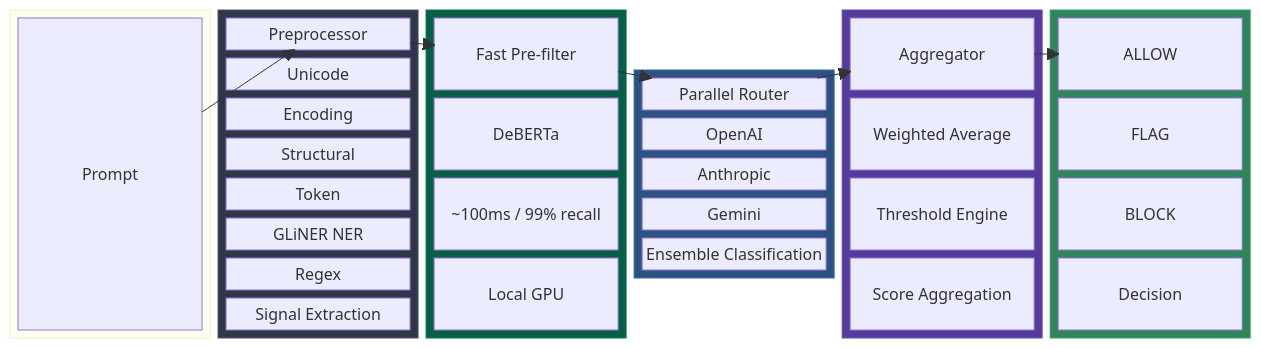
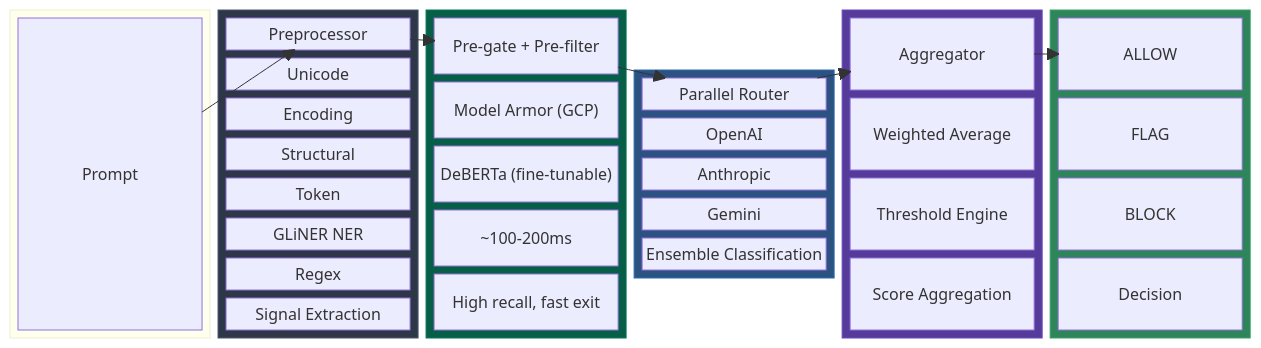
Before and after one commit to prashantkul/injection-guard: the first of 2 diagrams in README.md, drawn with Mermaid. The commit also changed other lines of this file, not shown here.

First line of the commit message:
docs: Add Model Armor pre-gate and two-stage architecture to README

````diff
--- a/README.md
+++ b/README.md
@@ -16,65 +17,66 @@
 ```mermaid
 block-beta
   columns 6
 
   block:input:1
     columns 1
     A["Prompt"]
   end
 
   block:preprocess:1
     columns 1
     style preprocess fill:#2d3748,color:#fff,stroke:#4a5568
     B["Preprocessor"]
     B1["Unicode"]
     B2["Encoding"]
     B3["Structural"]
     B4["Token"]
     B5["GLiNER NER"]
     B6["Regex"]
     BP["Signal Extraction"]
   end
 
   block:fast:1
     columns 1
     style fast fill:#065f46,color:#fff,stroke:#047857
-    F["Fast Pre-filter"]
-    F1["DeBERTa"]
-    F2["~100ms / 99% recall"]
-    FP["Local GPU"]
+    F["Pre-gate + Pre-filter"]
+    F0["Model Armor (GCP)"]
+    F1["DeBERTa (fine-tunable)"]
+    F2["~100-200ms"]
+    FP["High recall, fast exit"]
   end
 
   block:classify:1
     columns 1
     style classify fill:#2c5282,color:#fff,stroke:#2b6cb0
     C["Parallel Router"]
     C1["OpenAI"]
     C2["Anthropic"]
     C3["Gemini"]
     CP["Ensemble Classification"]
   end
 
   block:decide:1
     columns 1
     style decide fill:#553c9a,color:#fff,stroke:#6b46c1
     D["Aggregator"]
     D1["Weighted Average"]
     D2["Threshold Engine"]
     DP["Score Aggregation"]
   end
 
   block:output:1
     columns 1
     style output fill:#2f855a,color:#fff,stroke:#38a169
     E1["ALLOW"]
     E2["FLAG"]
     E3["BLOCK"]
     EP["Decision"]
   end
 
   A --> B
   B --> F
   F --> C
   C --> D
   D --> E1
 ```
````
